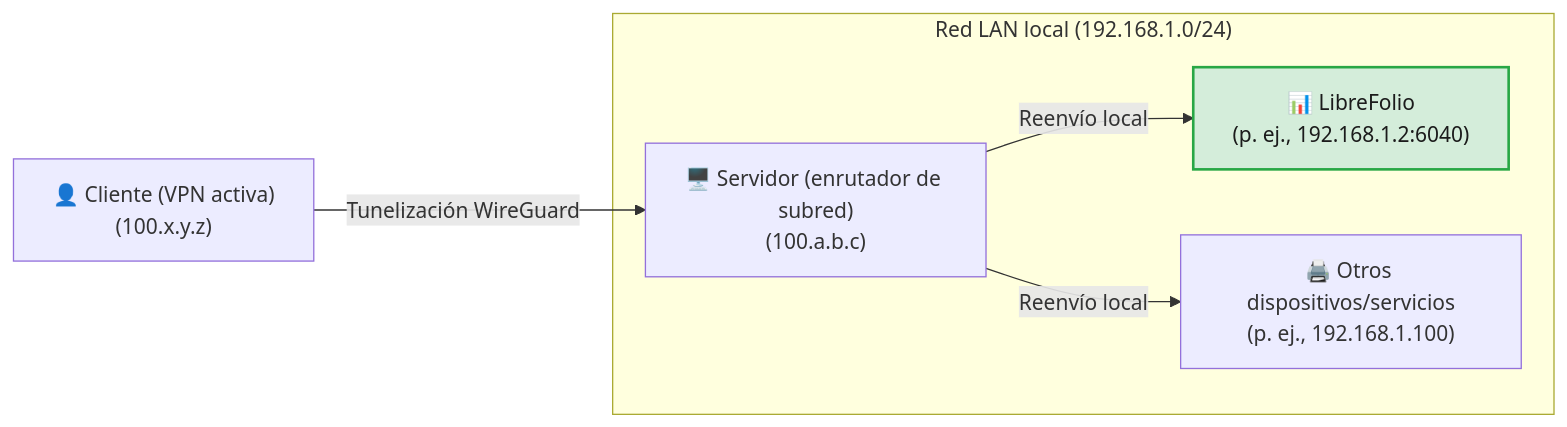
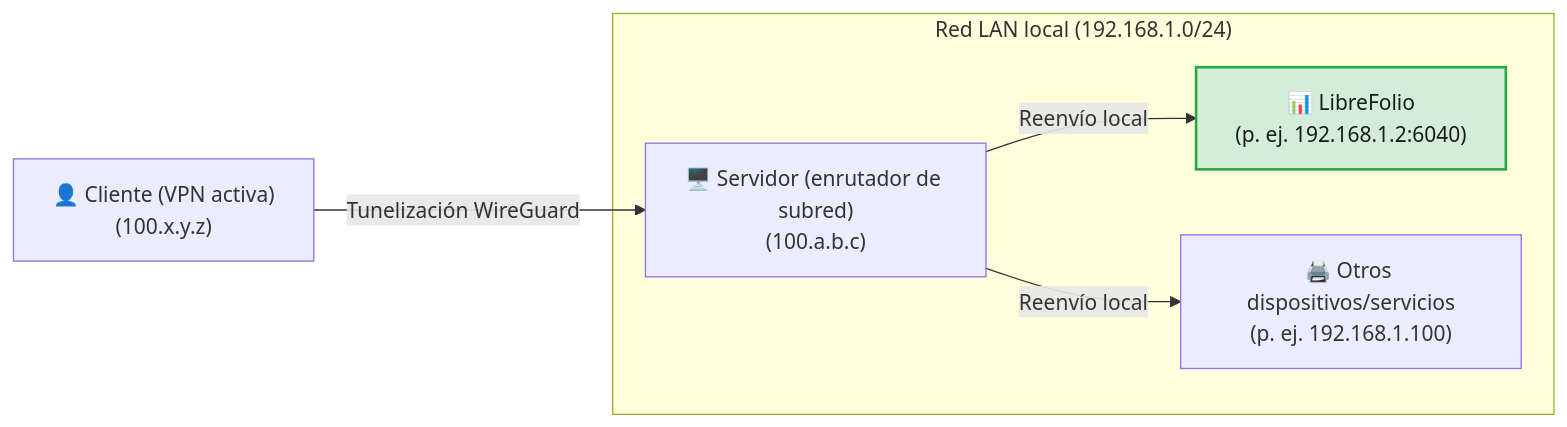
One commit to Librefolio/LibreFolio changed the third of 3 diagrams in mkdocs_src/docs/admin/service_exposure.es.md. Above: the diagram before and after it, drawn with Mermaid. The commit also changed other lines of this file and 2 other files, not shown here.

````diff
--- a/mkdocs_src/docs/admin/service_exposure.es.md
+++ b/mkdocs_src/docs/admin/service_exposure.es.md
@@ -137,9 +139,9 @@
 ```mermaid
 graph LR
     Client["👤 Cliente (VPN activa)<br>(100.x.y.z)"] -->|Tunelización WireGuard| Server["🖥️ Servidor (enrutador de subred)<br>(100.a.b.c)"]
     subgraph LAN ["Red LAN local (192.168.1.0/24)"]
-        Server -->|Reenvío local| LibreFolio["📊 LibreFolio<br>(p. ej., 192.168.1.2:6040)"]
-        Server -->|Reenvío local| OtherDevice["🖨️ Otros dispositivos/servicios<br>(p. ej., 192.168.1.100)"]
+        Server -->|Reenvío local| LibreFolio["📊 LibreFolio<br>(p. ej. 192.168.1.2:6040)"]
+        Server -->|Reenvío local| OtherDevice["🖨️ Otros dispositivos/servicios<br>(p. ej. 192.168.1.100)"]
     end
     style LibreFolio fill:#d4edda,color:#1b1b1b,stroke:#28a745,stroke-width:2px;
 ```
````
